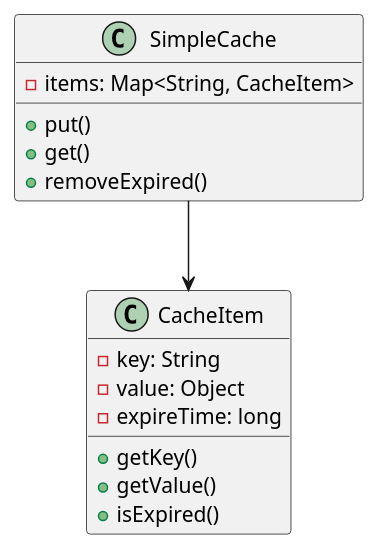
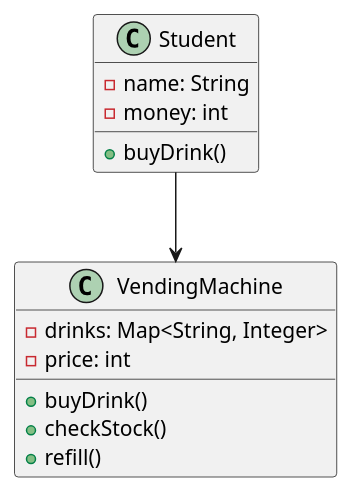
One commit to fine5351/info-sync changed the first of 3 diagrams in doc/learning/architecture/cache_avalanche_tutorial.md. Above: the diagram before and after it, drawn with PlantUML. The commit also changed other lines of this file and 35 other files, not shown here.

````diff
--- a/doc/learning/architecture/cache_avalanche_tutorial.md
+++ b/doc/learning/architecture/cache_avalanche_tutorial.md
@@ -61,21 +45,19 @@
 ```plantuml
 @startuml
-class CacheItem {
-    - key: String
-    - value: Object
-    - expireTime: long
-    + getKey()
-    + getValue()
-    + isExpired()
+class VendingMachine {
+    - drinks: Map<String, Integer>
+    - price: int
+    + buyDrink()
+    + checkStock()
+    + refill()
 }
 
-class SimpleCache {
-    - items: Map<String, CacheItem>
-    + put()
-    + get()
-    + removeExpired()
+class Student {
+    - name: String
+    - money: int
+    + buyDrink()
 }
 
-SimpleCache --> CacheItem
+Student --> VendingMachine
 @enduml
 ```
````
